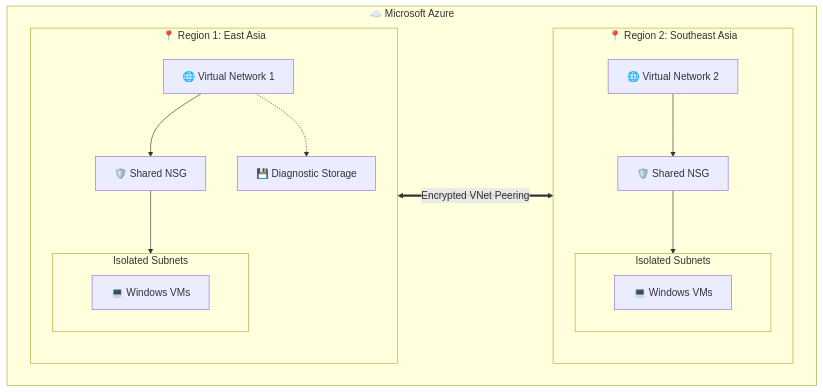
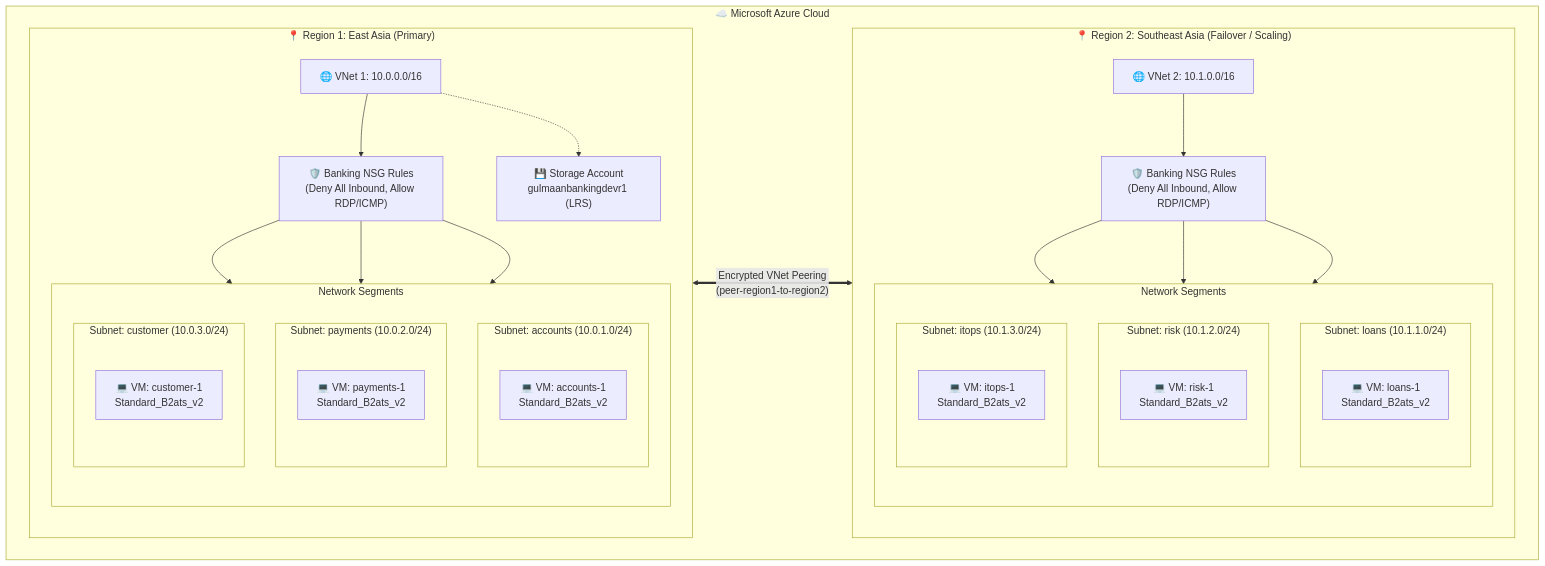
The diagram in README.md (gulmaan87/Azure-banking-system), drawn with Mermaid before and after one commit.

````diff
--- a/README.md
+++ b/README.md
@@ -16,39 +16,62 @@
 ```mermaid
 flowchart TB
-    subgraph AzureCloud["☁️ Microsoft Azure"]
+    subgraph AzureCloud["☁️ Microsoft Azure Cloud"]
         direction LR
 
-        subgraph Region1["📍 Region 1: East Asia"]
+        %% REGION 1
+        subgraph Region1["📍 Region 1: East Asia (Primary)"]
             direction TB
-            VNet1["🌐 Virtual Network 1"]
-            NSG1["🛡️ Shared NSG"]
+            VNet1["🌐 VNet 1: 10.0.0.0/16"]
+            NSG1["🛡️ Banking NSG Rules<br/>(Deny All Inbound, Allow RDP/ICMP)"]
             
-            subgraph Subnets1["Isolated Subnets"]
-                direction LR
-                VM1["💻 Windows VMs"]
+            subgraph Subnets1["Network Segments"]
+                direction TB
+                subgraph S1A["Subnet: accounts (10.0.1.0/24)"]
+                    VM1A["💻 VM: accounts-1<br/>Standard_B2ats_v2"]
+                end
+                subgraph S1B["Subnet: payments (10.0.2.0/24)"]
+                    VM1B["💻 VM: payments-1<br/>Standard_B2ats_v2"]
+                end
+                subgraph S1C["Subnet: customer (10.0.3.0/24)"]
+                    VM1C["💻 VM: customer-1<br/>Standard_B2ats_v2"]
+                end
             end
             
-            Storage["💾 Diagnostic Storage"]
+            Storage["💾 Storage Account<br/>gulmaanbankingdevr1 (LRS)"]
 
             VNet1 --> NSG1
-            NSG1 --> Subnets1
+            NSG1 --> S1A
+            NSG1 --> S1B
+            NSG1 --> S1C
             VNet1 -.-> Storage
         end
 
-        subgraph Region2["📍 Region 2: Southeast Asia"]
+        %% REGION 2
+        subgraph Region2["📍 Region 2: Southeast Asia (Failover / Scaling)"]
             direction TB
-            VNet2["🌐 Virtual Network 2"]
-            NSG2["🛡️ Shared NSG"]
+            VNet2["🌐 VNet 2: 10.1.0.0/16"]
+            NSG2["🛡️ Banking NSG Rules<br/>(Deny All Inbound, Allow RDP/ICMP)"]
             
-            subgraph Subnets2["Isolated Subnets"]
-                direction LR
-                VM2["💻 Windows VMs"]
+            subgraph Subnets2["Network Segments"]
+                direction TB
+                subgraph S2A["Subnet: loans (10.1.1.0/24)"]
+                    VM2A["💻 VM: loans-1<br/>Standard_B2ats_v2"]
+                end
+                subgraph S2B["Subnet: risk (10.1.2.0/24)"]
+                    VM2B["💻 VM: risk-1<br/>Standard_B2ats_v2"]
+                end
+                subgraph S2C["Subnet: itops (10.1.3.0/24)"]
+                    VM2C["💻 VM: itops-1<br/>Standard_B2ats_v2"]
+                end
             end
 
             VNet2 --> NSG2
-            NSG2 --> Subnets2
+            NSG2 --> S2A
+            NSG2 --> S2B
+            NSG2 --> S2C
         end
 
-        VNet1 <==>|"Encrypted VNet Peering"| VNet2
+        %% PEERING
+        VNet1 <==>|"Encrypted VNet Peering<br/>(peer-region1-to-region2)"| VNet2
     end
 ```
````
